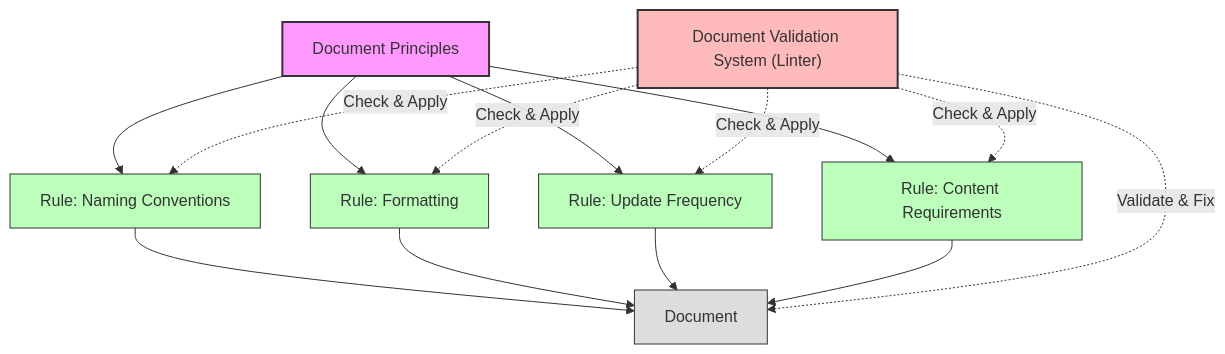
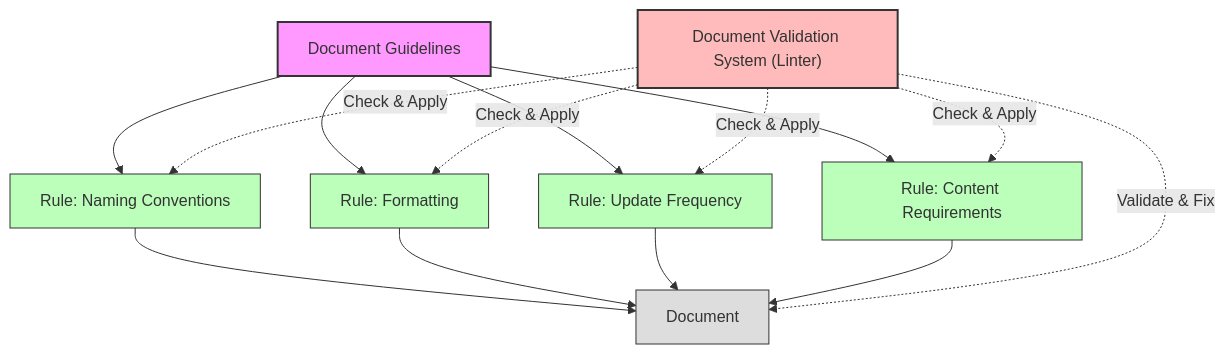
One commit to ToyB0x/ai-coding-rules changed the first of 2 diagrams in README.md. Above: the diagram before and after it, drawn with Mermaid. The commit also changed other lines of this file and 1 other file, not shown here.

Commit message:
docs: unify terminology from "Document Principles" to "Document Guidelines" in documentation

````diff
--- a/README.md
+++ b/README.md
@@ -7,27 +7,27 @@
 ```mermaid
 graph TD
-  A["Document Principles"] --> C1["Rule: Naming Conventions"]
+  A["Document Guidelines"] --> C1["Rule: Naming Conventions"]
   A --> C2["Rule: Formatting"]
   A --> C3["Rule: Update Frequency"]
   A --> C4["Rule: Content Requirements"]
   
   D["Document Validation System (Linter)"] -.-> |"Check & Apply"| C1
   D -.-> |"Check & Apply"| C2
   D -.-> |"Check & Apply"| C3
   D -.-> |"Check & Apply"| C4
   
   C1 --> E1["Document"]
   C2 --> E1
   C3 --> E1
   C4 --> E1
   
   D -.-> |"Validate & Fix"| E1
   
   style A fill:#f9f,stroke:#333,stroke-width:2px
   style C1 fill:#bfb,stroke:#333,stroke-width:1px
   style C2 fill:#bfb,stroke:#333,stroke-width:1px
   style C3 fill:#bfb,stroke:#333,stroke-width:1px
   style C4 fill:#bfb,stroke:#333,stroke-width:1px
   style D fill:#fbb,stroke:#333,stroke-width:2px
   style E1 fill:#ddd,stroke:#333,stroke-width:1px
 ```
````
